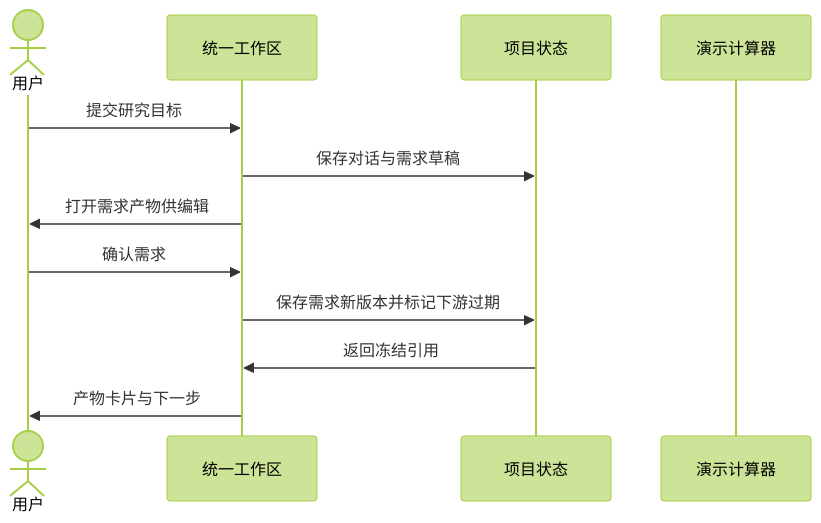
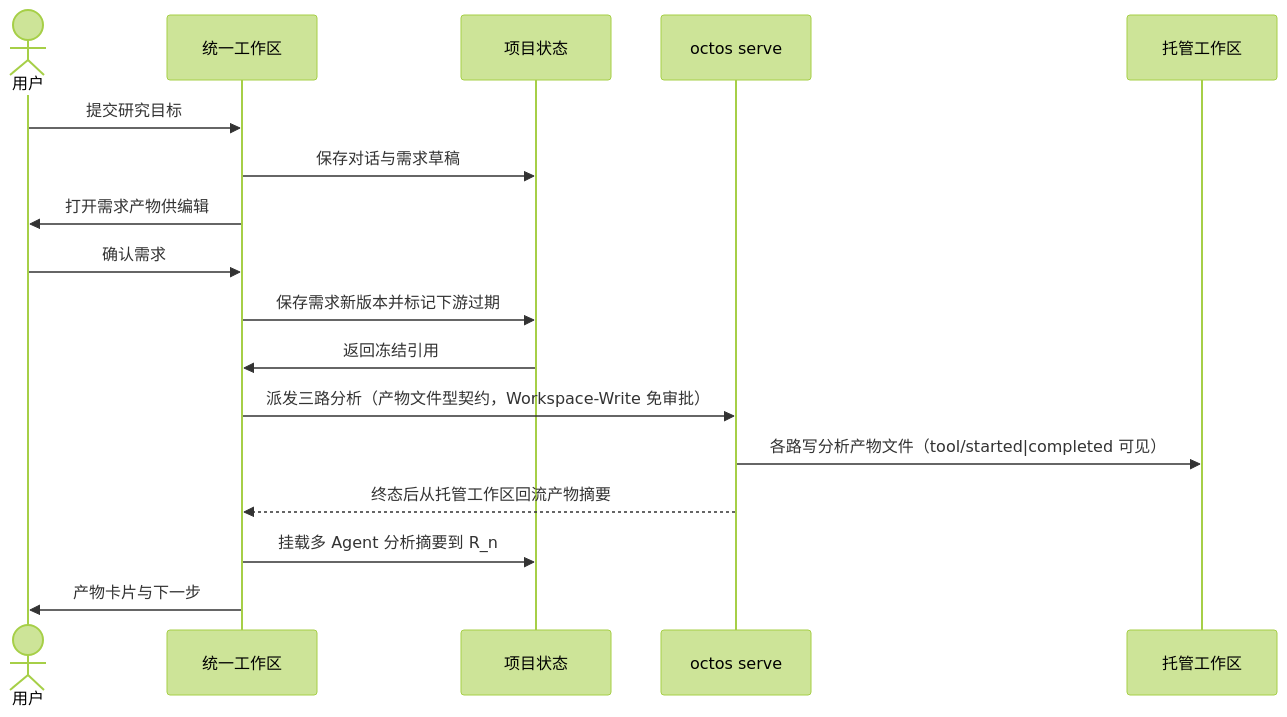
The diagram in logos/resources/prd/3-technical-plan/2-scenario-implementation/core-S17-ai-project.md (dorname/nautilus_trader), drawn with Mermaid (forest theme) before and after one commit. The commit also changed other lines of this file and 10 other files, not shown here.

````diff
--- a/logos/resources/prd/3-technical-plan/2-scenario-implementation/core-S17-ai-project.md
+++ b/logos/resources/prd/3-technical-plan/2-scenario-implementation/core-S17-ai-project.md
@@ -5,14 +5,19 @@
 ```mermaid
 sequenceDiagram
     actor U as 用户
     participant G as 统一工作区
     participant P as 项目状态
-    participant W as 演示计算器
+    participant O as octos serve
+    participant W as 托管工作区
     U->>G: 提交研究目标
     G->>P: 保存对话与需求草稿
     G->>U: 打开需求产物供编辑
     U->>G: 确认需求
     G->>P: 保存需求新版本并标记下游过期
     P->>G: 返回冻结引用
+    G->>O: 派发三路分析（产物文件型契约，Workspace-Write 免审批）
+    O->>W: 各路写分析产物文件（tool/started|completed 可见）
+    O-->>G: 终态后从托管工作区回流产物摘要
+    G->>P: 挂载多 Agent 分析摘要到 R_n
     G->>U: 产物卡片与下一步
 ```
````
